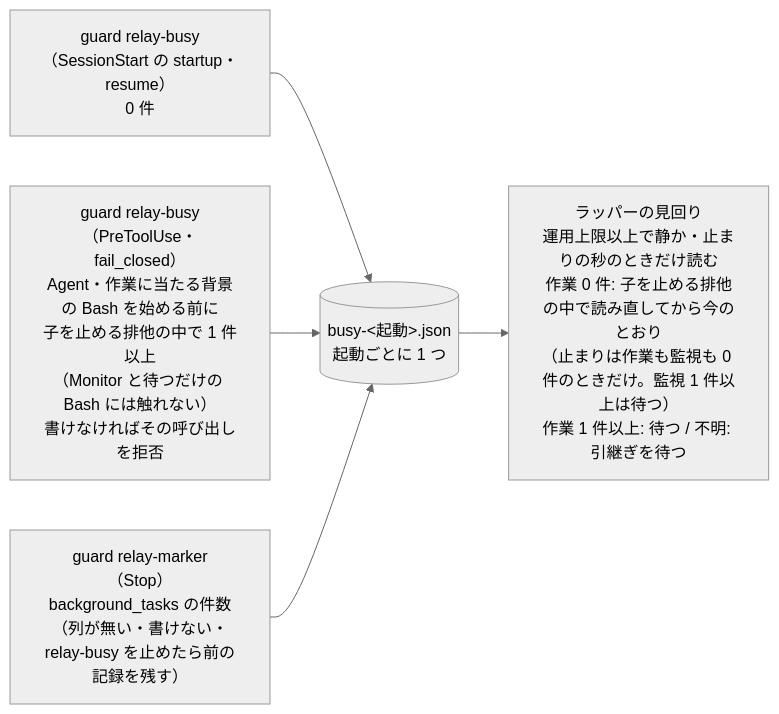
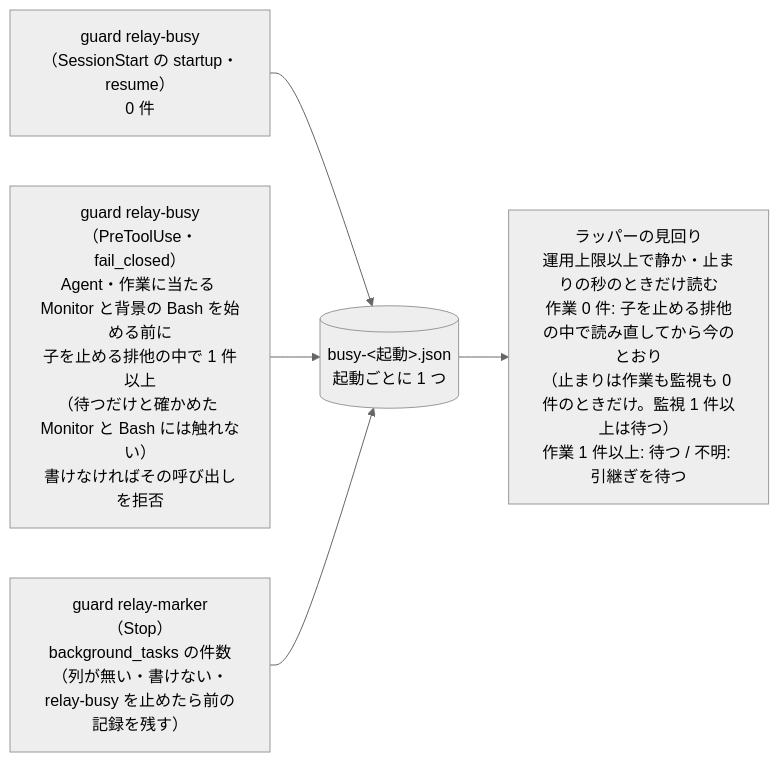
One commit to devbasex/ai-plugins changed the second of 3 diagrams in issues/issue-4049-design.md. Above: the diagram before and after it, drawn with Mermaid (neutral theme). The commit also changed other lines of this file and 1 other file, not shown here.

Commit message:
Docs: Monitor も起動するコマンドで監視か作業かを分け、`-c`・`eval` の中身は展開を含まない形だけを監視とし、対象の会話を分類より先に確かめるよう #4049 の設計を直す（cross-review の指摘）

````diff
--- a/issues/issue-4049-design.md
+++ b/issues/issue-4049-design.md
@@ -49,12 +49,12 @@
 ```mermaid
 flowchart LR
   L["guard relay-busy（SessionStart の startup・resume）<br>0 件"]
-  P["guard relay-busy（PreToolUse・fail_closed）<br>Agent・作業に当たる背景の Bash を始める前に<br>子を止める排他の中で 1 件以上<br>（Monitor と待つだけの Bash には触れない）<br>書けなければその呼び出しを拒否"]
+  P["guard relay-busy（PreToolUse・fail_closed）<br>Agent・作業に当たる Monitor と背景の Bash を始める前に<br>子を止める排他の中で 1 件以上<br>（待つだけと確かめた Monitor と Bash には触れない）<br>書けなければその呼び出しを拒否"]
   S["guard relay-marker（Stop）<br>background_tasks の件数<br>（列が無い・書けない・relay-busy を止めたら前の記録を残す）"]
   B[("busy-&lt;起動&gt;.json<br>起動ごとに 1 つ")]
   R["ラッパーの見回り<br>運用上限以上で静か・止まりの秒のときだけ読む<br>作業 0 件: 子を止める排他の中で読み直してから今のとおり<br>（止まりは作業も監視も 0 件のときだけ。監視 1 件以上は待つ）<br>作業 1 件以上: 待つ / 不明: 引継ぎを待つ"]
   L --> B
   P --> B
   S --> B
   B --> R
 ```
````
